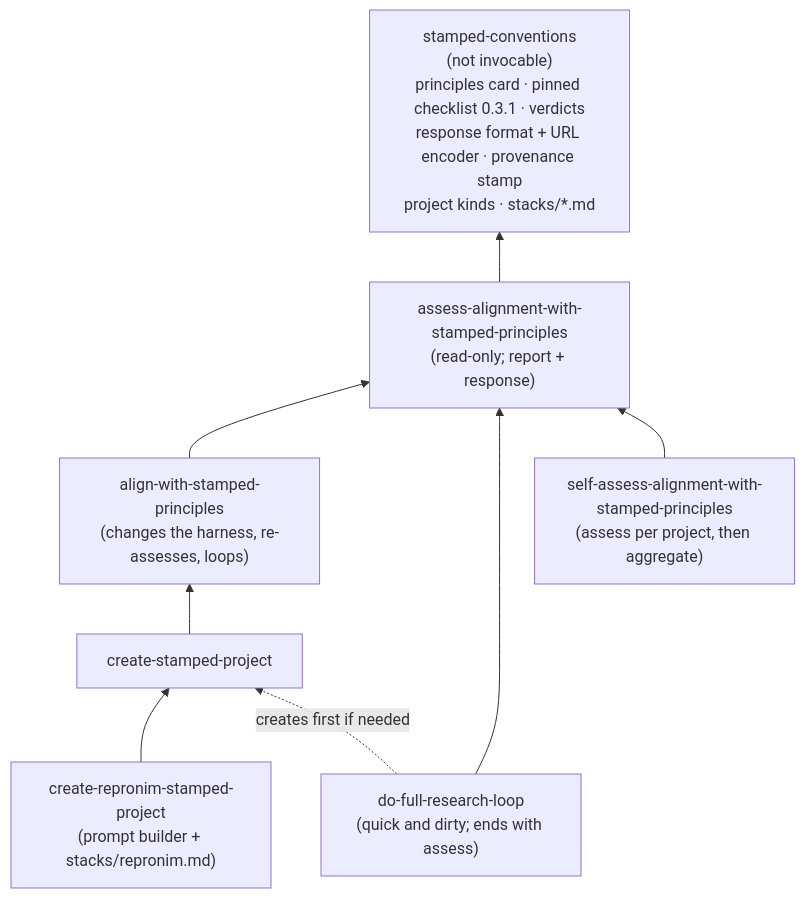
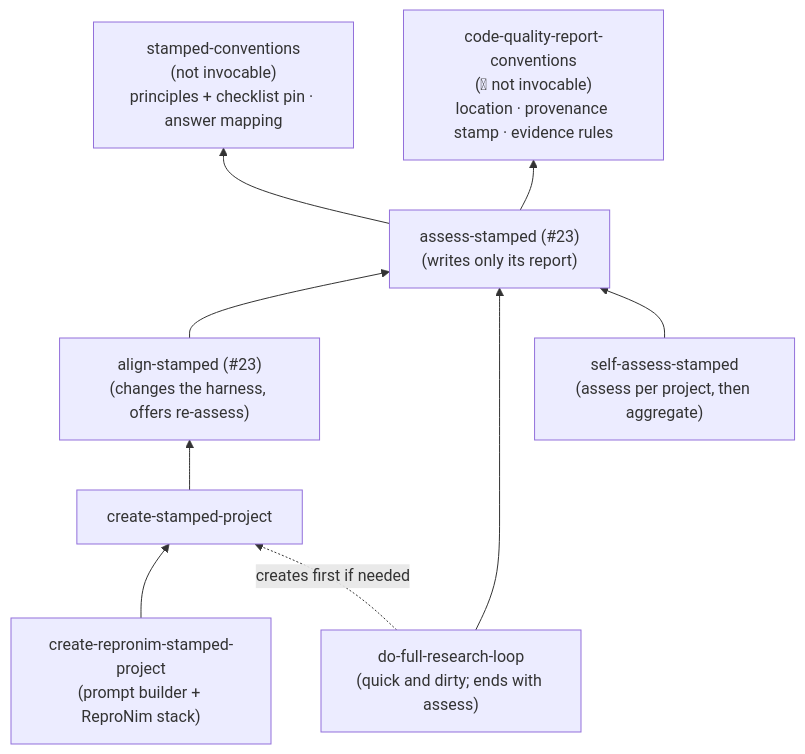
The first of 2 diagrams in docs/stamped/PLAN.md (con/skills), drawn with Mermaid before and after one commit. The commit also changed other lines of this file and 4 other files, not shown here.

````diff
--- a/docs/stamped/PLAN.md
+++ b/docs/stamped/PLAN.md
@@ -266,17 +155,19 @@
 ```mermaid
 flowchart BT
-  conv["stamped-conventions<br/>(not invocable)<br/>principles card · pinned checklist 0.3.1 · verdicts<br/>response format + URL encoder · provenance stamp<br/>project kinds · stacks/*.md"]
-  assess["assess-alignment-with-stamped-principles<br/>(read-only; report + response)"]
-  align["align-with-stamped-principles<br/>(changes the harness, re-assesses, loops)"]
+  conv["stamped-conventions<br/>(not invocable)<br/>principles + checklist pin · answer mapping"]
+  cq["code-quality-report-conventions<br/>(#16; not invocable)<br/>location · provenance stamp · evidence rules"]
+  assess["assess-stamped (#23)<br/>(writes only its report)"]
+  align["align-stamped (#23)<br/>(changes the harness, offers re-assess)"]
   create["create-stamped-project"]
-  repronim["create-repronim-stamped-project<br/>(prompt builder + stacks/repronim.md)"]
+  repronim["create-repronim-stamped-project<br/>(prompt builder + ReproNim stack)"]
   loop["do-full-research-loop<br/>(quick and dirty; ends with assess)"]
-  self["self-assess-alignment-with-stamped-principles<br/>(assess per project, then aggregate)"]
+  self["self-assess-stamped<br/>(assess per project, then aggregate)"]
   assess --> conv
+  assess --> cq
   align --> assess
   create --> align
   repronim --> create
   loop --> assess
   loop -.->|creates first if needed| create
   self --> assess
 ```
````
